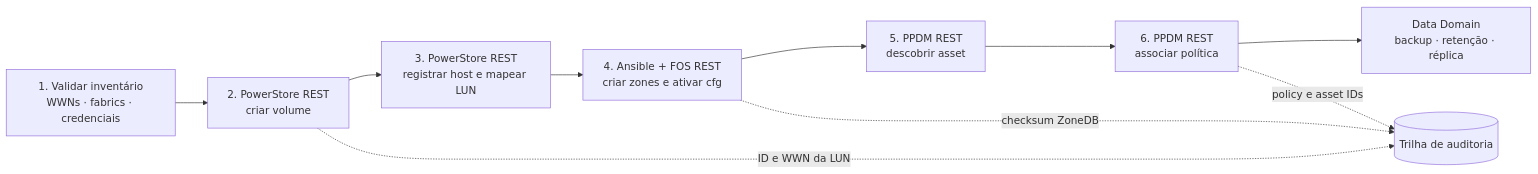
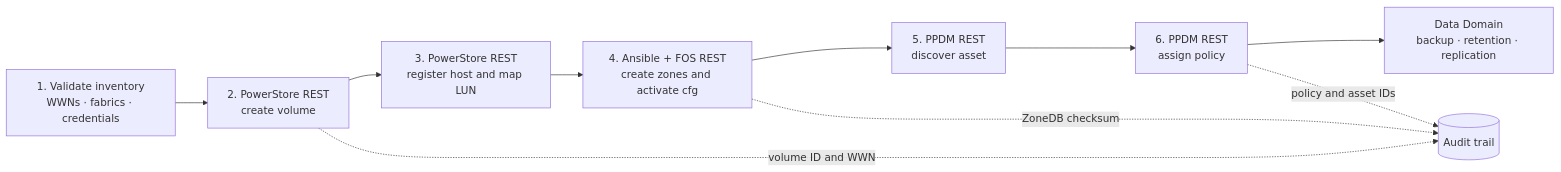
Before and after one commit to AlessandroDaudt/Dell-PPDM-PowerStore: the first of 5 diagrams in README.md, drawn with Mermaid. The commit also changed other lines of this file and 9 other files, not shown here.

````diff
--- a/README.md
+++ b/README.md
@@ -9,13 +9,13 @@
 ```mermaid
 flowchart LR
-    A[1. Validar inventário<br/>WWNs · fabrics · credenciais] --> B[2. PowerStore REST<br/>criar volume]
-    B --> C[3. PowerStore REST<br/>registrar host e mapear LUN]
-    C --> D[4. Ansible + FOS REST<br/>criar zones e ativar cfg]
-    D --> E[5. PPDM REST<br/>descobrir asset]
-    E --> F[6. PPDM REST<br/>associar política]
-    F --> G[Data Domain<br/>backup · retenção · réplica]
+    A[1. Validate inventory<br/>WWNs · fabrics · credentials] --> B[2. PowerStore REST<br/>create volume]
+    B --> C[3. PowerStore REST<br/>register host and map LUN]
+    C --> D[4. Ansible + FOS REST<br/>create zones and activate cfg]
+    D --> E[5. PPDM REST<br/>discover asset]
+    E --> F[6. PPDM REST<br/>assign policy]
+    F --> G[Data Domain<br/>backup · retention · replication]
 
-    B -. ID e WWN da LUN .-> H[(Trilha de auditoria)]
-    D -. checksum ZoneDB .-> H
-    F -. policy e asset IDs .-> H
+    B -. volume ID and WWN .-> H[(Audit trail)]
+    D -. ZoneDB checksum .-> H
+    F -. policy and asset IDs .-> H
 ```
````
